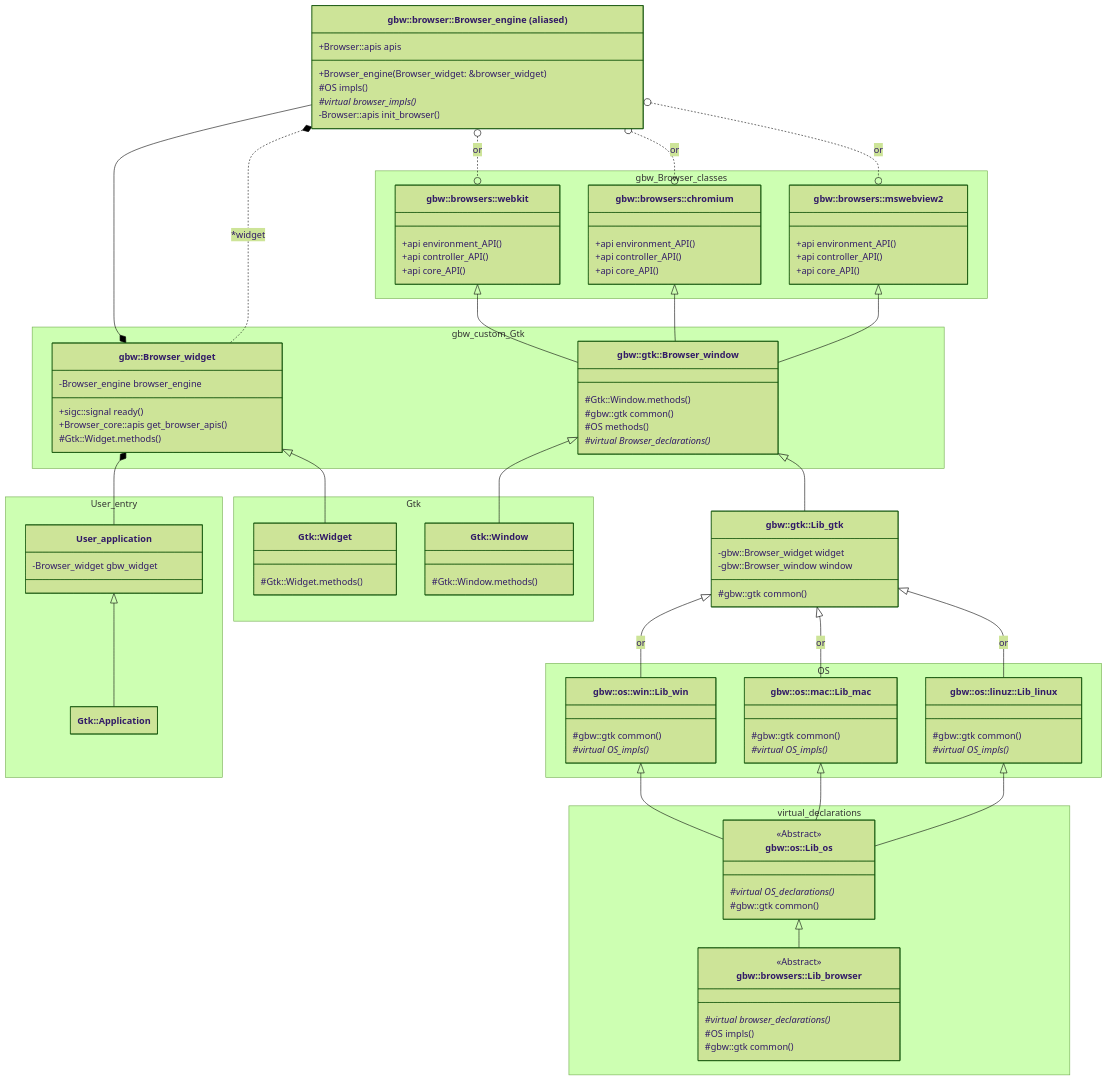
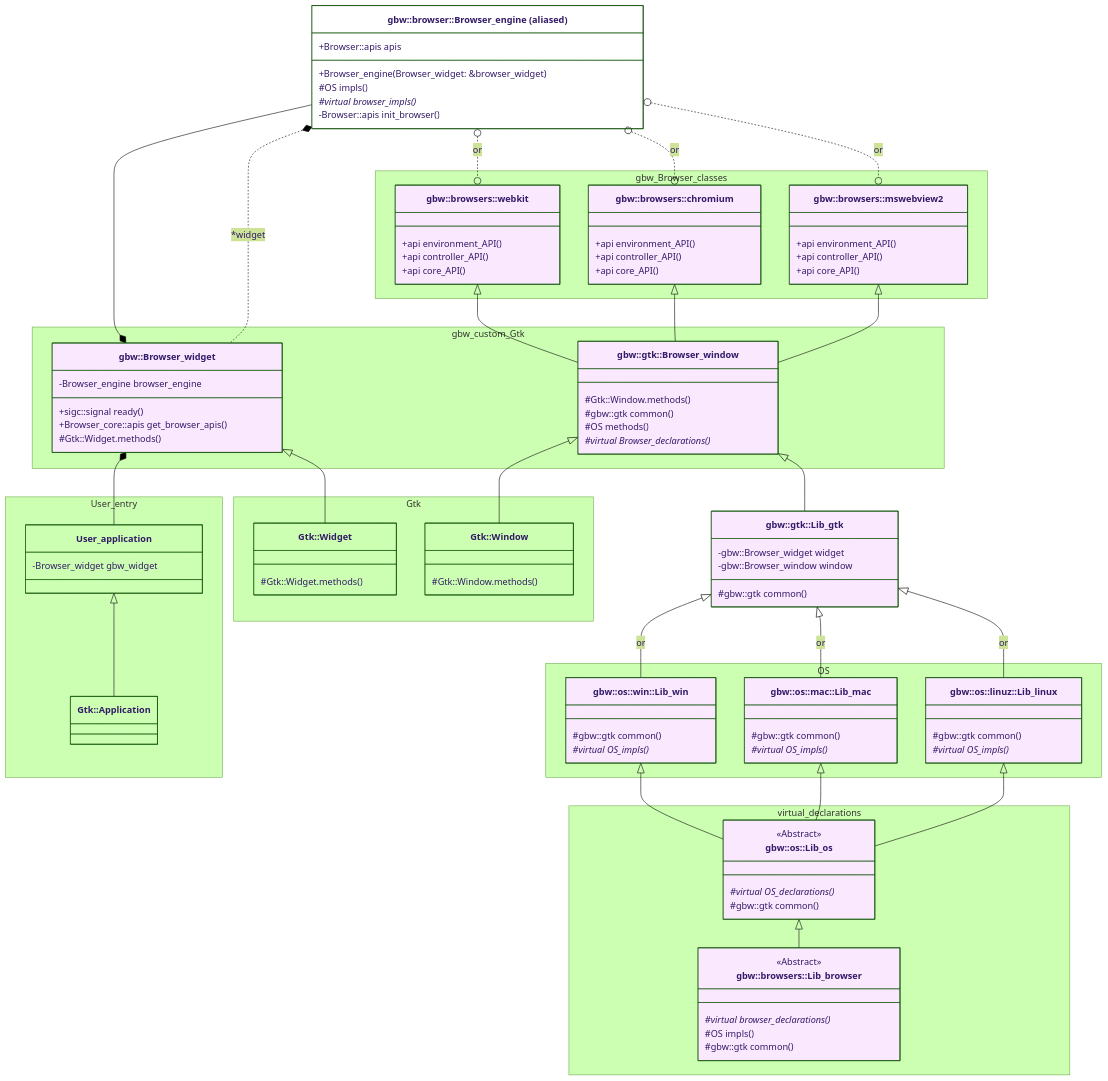
One commit to citkane/gtk-browser-widget changed the diagram in include/gtk/README.md. Above: the diagram before and after it, drawn with Mermaid (forest theme).

Commit message:
Update class hierarchy diagram

````diff
--- a/include/gtk/README.md
+++ b/include/gtk/README.md
@@ -14,14 +14,5 @@
 ```mermaid
----
-  config:
-    class:
-      hideEmptyMembersBox: true
-
----
-
 classDiagram
-    classDef bgw fill:#f9f,stroke:#333,stroke-width:4px; 
-
     Browser_widget *-- User_application
     User_application <|-- Application
 
@@ -48,24 +39,22 @@
     Lib_linux <|-- Lib_os
     Lib_os <|-- Lib_browser
     
-
-
     namespace User_entry {
-      class Application["Gtk::Application"]
-      class User_application{
+      class Application["Gtk::Application"]:::other
+      class User_application:::other {
         -Browser_widget gbw_widget
       }
     }
     
     namespace virtual_declarations {
-      class Lib_browser["gbw::browsers::Lib_browser"]:::gbw{
+      class Lib_browser["gbw::browsers::Lib_browser"]:::gbw {
         <<Abstract>> 
         #virtual browser_declarations()*
         #OS impls()
         #gbw::gtk common()
       } 
       
-      class Lib_os["gbw::os::Lib_os"]{
+      class Lib_os["gbw::os::Lib_os"]:::gbw {
         <<Abstract>>
         #virtual OS_declarations()*
         #gbw::gtk common()
@@ -73,14 +62,14 @@
     }
 
     namespace gbw_custom_Gtk {
-      class Browser_widget["gbw::Browser_widget"]{
+      class Browser_widget["gbw::Browser_widget"]:::gbw {
           +sigc::signal ready()
           +Browser_core::apis get_browser_apis()
           #Gtk::Widget.methods()
           -Browser_engine browser_engine
       }
 
-      class Browser_window["gbw::gtk::Browser_window"]{
+      class Browser_window["gbw::gtk::Browser_window"]:::gbw {
         #Gtk::Window.methods()
         #gbw::gtk common()
         #OS methods()
@@ -88,38 +77,38 @@
       }
     }
 
-    class Lib_gtk["gbw::gtk::Lib_gtk"]{
+    class Lib_gtk["gbw::gtk::Lib_gtk"]:::gbw {
       -gbw::Browser_widget widget
       -gbw::Browser_window window
       #gbw::gtk common()
     }
 
     namespace OS {
-      class Lib_mac["gbw::os::mac::Lib_mac"]{
+      class Lib_mac["gbw::os::mac::Lib_mac"]:::gbw {
         #gbw::gtk common()
         #virtual OS_impls()*
       }
-      class Lib_win["gbw::os::win::Lib_win"]{
+      class Lib_win["gbw::os::win::Lib_win"]:::gbw {
         #gbw::gtk common()
         #virtual OS_impls()*
       }
-      class Lib_linux["gbw::os::linuz::Lib_linux"]{
+      class Lib_linux["gbw::os::linuz::Lib_linux"]:::gbw {
         #gbw::gtk common()
         #virtual OS_impls()*
       }
     }
 
     namespace Gtk {
-      class Widget["Gtk::Widget"]{
+      class Widget["Gtk::Widget"]:::other {
         #Gtk::Widget.methods()
       }
-      class Window["Gtk::Window"] {
+      class Window["Gtk::Window"]:::other {
         #Gtk::Window.methods()
       }
     }
 
 
-    class Browser_engine["gbw::browser::Browser_engine (aliased)"]{
+    class Browser_engine["gbw::browser::Browser_engine (aliased)"]:::other {
         +Browser_engine(Browser_widget: &browser_widget)
         +Browser::apis apis
 
@@ -131,22 +120,23 @@
     }
 
     namespace gbw_Browser_classes {
-          class Webkit["gbw::browsers::webkit"] {
+          class Webkit["gbw::browsers::webkit"]:::gbw {
           +api environment_API()
           +api controller_API()
           +api core_API()
         }
-        class MsWebview2["gbw::browsers::mswebview2"] {
+        class MsWebview2["gbw::browsers::mswebview2"]:::gbw {
           +api environment_API()
           +api controller_API()
           +api core_API()
         }
-        class Chromium["gbw::browsers::chromium"] {
+        class Chromium["gbw::browsers::chromium"]:::gbw {
           +api environment_API()
           +api controller_API()
           +api core_API()
         }
     }
 
-    
+    classDef gbw fill:#FAE8FF; 
+    classDef other fill:#FFFFFF00
 ```
````
